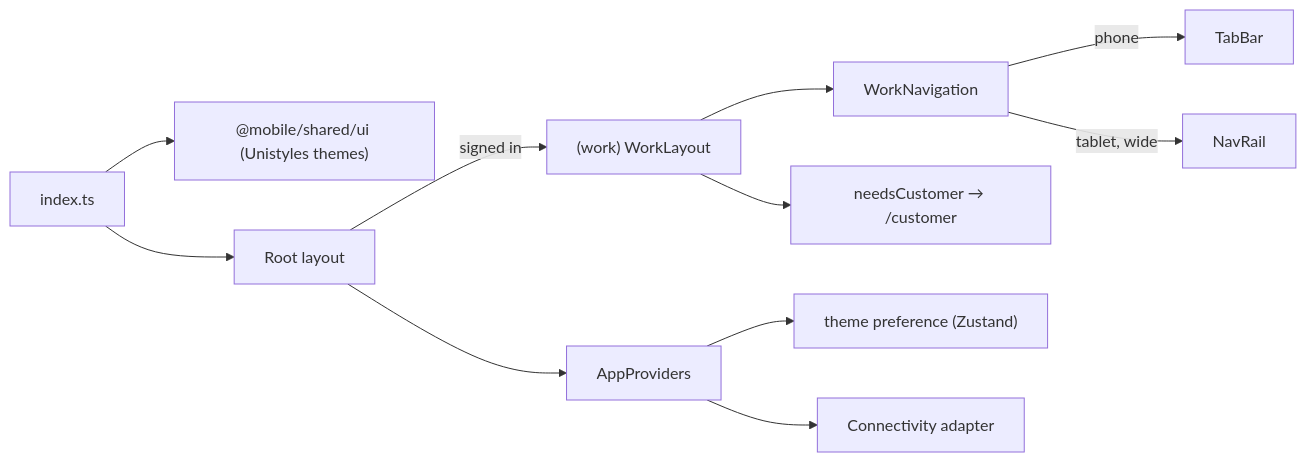
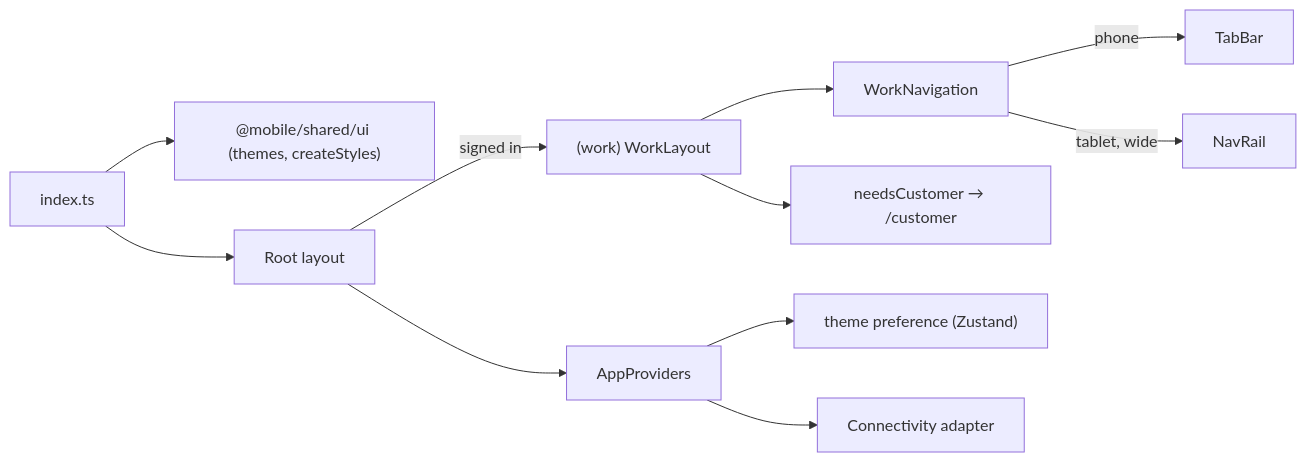
The diagram in docs/features/mobile/shell.md (Weretik/kedr-web), drawn with Mermaid before and after one commit. The commit also changed other lines of this file and 181 other files, not shown here.

First line of the commit message:
refactor(mobile): plain styles, React Compiler, FlashList and TanStack Query reads (#88)

````diff
--- a/docs/features/mobile/shell.md
+++ b/docs/features/mobile/shell.md
@@ -15,13 +15,13 @@
 ```mermaid
 flowchart LR
-Entry["index.ts"] --> UI["@mobile/shared/ui (Unistyles themes)"]
+Entry["index.ts"] --> UI["@mobile/shared/ui (themes, createStyles)"]
 Entry --> Root["Root layout"]
 Root --> Providers["AppProviders"]
 Root -->|signed in| Work["(work) WorkLayout"]
 Work --> Nav["WorkNavigation"]
 Nav -->|phone| TabBar
 Nav -->|tablet, wide| NavRail
 Work --> Gate["needsCustomer → /customer"]
 Providers --> Theme["theme preference (Zustand)"]
 Providers --> Network["Connectivity adapter"]
 ```
````
